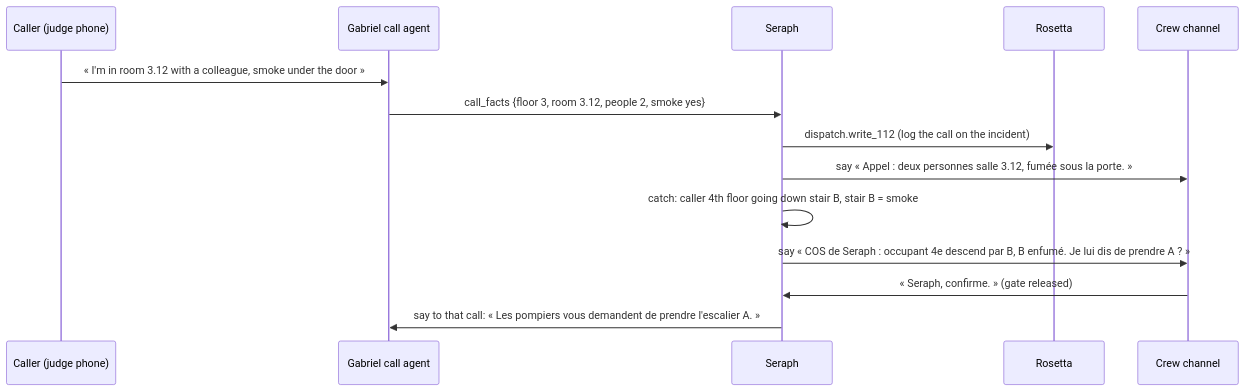
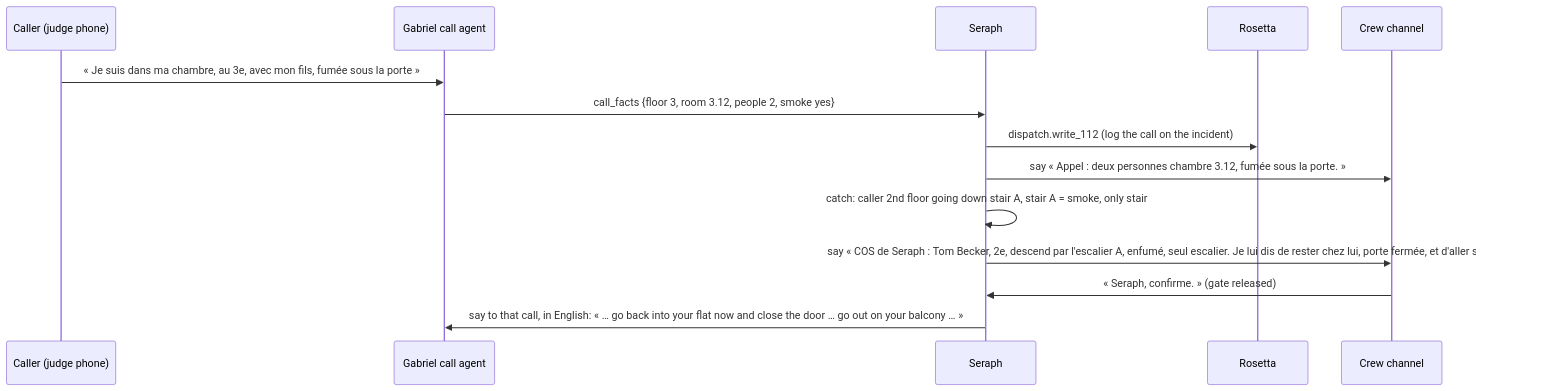
The second of 3 diagrams in docs/01-architecture.md (amilkourd/seraph), drawn with Mermaid before and after one commit. The commit also changed other lines of this file and 25 other files, not shown here.

````diff
--- a/docs/01-architecture.md
+++ b/docs/01-architecture.md
@@ -98,16 +98,16 @@
 ```mermaid
 sequenceDiagram
   participant C as Caller (judge phone)
   participant G as Gabriel call agent
   participant S as Seraph
   participant R as Rosetta
   participant Crew as Crew channel
-  C->>G: « I'm in room 3.12 with a colleague, smoke under the door »
+  C->>G: « Je suis dans ma chambre, au 3e, avec mon fils, fumée sous la porte »
   G->>S: call_facts {floor 3, room 3.12, people 2, smoke yes}
   S->>R: dispatch.write_112 (log the call on the incident)
-  S->>Crew: say « Appel : deux personnes salle 3.12, fumée sous la porte. »
-  S->>S: catch: caller 4th floor going down stair B, stair B = smoke
-  S->>Crew: say « COS de Seraph : occupant 4e descend par B, B enfumé. Je lui dis de prendre A ? »
+  S->>Crew: say « Appel : deux personnes chambre 3.12, fumée sous la porte. »
+  S->>S: catch: caller 2nd floor going down stair A, stair A = smoke, only stair
+  S->>Crew: say « COS de Seraph : Tom Becker, 2e, descend par l'escalier A, enfumé, seul escalier. Je lui dis de rester chez lui, porte fermée, et d'aller sur le balcon ? »
   Crew->>S: « Seraph, confirme. » (gate released)
-  S->>G: say to that call: « Les pompiers vous demandent de prendre l'escalier A. »
+  S->>G: say to that call, in English: « … go back into your flat now and close the door … go out on your balcony … »
 ```
````
